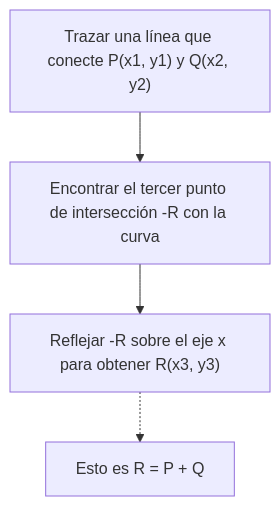
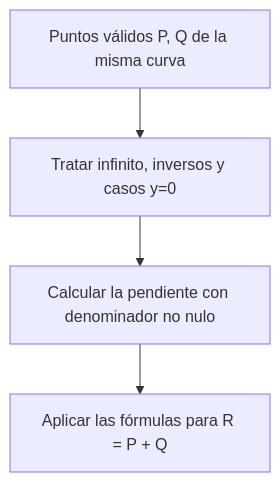
Before and after one commit to kenjinote/blog: the first of 3 diagrams in content/post/楕円曲線暗号の数学的基礎とcppでの実装/index.es.md, drawn with Mermaid. The commit also changed other lines of this file and 6 other files, not shown here.

````diff
--- a/content/post/楕円曲線暗号の数学的基礎とcppでの実装/index.es.md
+++ b/content/post/楕円曲線暗号の数学的基礎とcppでの実装/index.es.md
@@ -112,6 +81,6 @@
 ```mermaid
 graph TD
-    Step1["Trazar una línea que conecte P(x1, y1) y Q(x2, y2)"] --> Step2["Encontrar el tercer punto de intersección -R con la curva"]
-    Step2 --> Step3["Reflejar -R sobre el eje x para obtener R(x3, y3)"]
-    Step3 -.-> Result["Esto es R = P + Q"]
+    A["Puntos válidos P, Q de la misma curva"] --> B["Tratar infinito, inversos y casos y=0"]
+    B --> C["Calcular la pendiente con denominador no nulo"]
+    C --> D["Aplicar las fórmulas para R = P + Q"]
 ```
````
